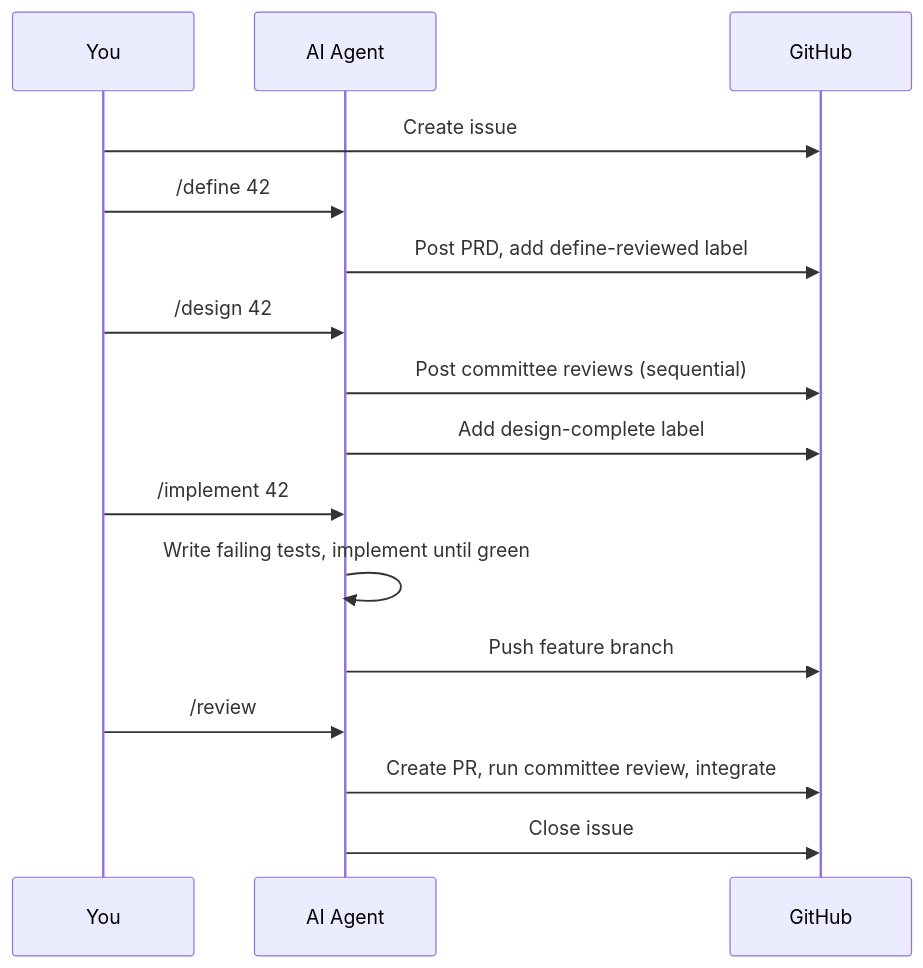
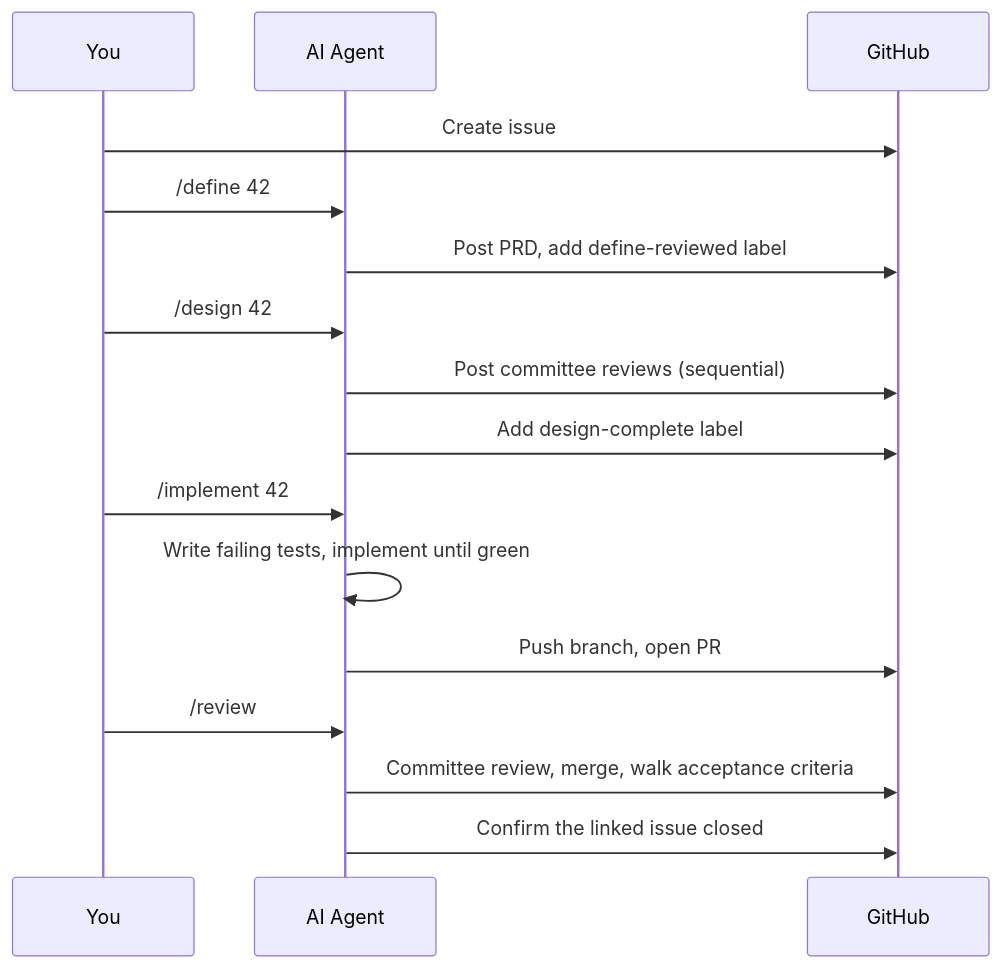
The diagram in docs/getting-started.md (suniljames/directives), drawn with Mermaid before and after one commit. The commit also changed other lines of this file and 76 other files, not shown here.

````diff
--- a/docs/getting-started.md
+++ b/docs/getting-started.md
@@ -123,19 +126,19 @@
 ```mermaid
 sequenceDiagram
     participant You
     participant AI as AI Agent
     participant GH as GitHub
 
     You->>GH: Create issue
     You->>AI: /define 42
     AI->>GH: Post PRD, add define-reviewed label
     You->>AI: /design 42
     AI->>GH: Post committee reviews (sequential)
     AI->>GH: Add design-complete label
     You->>AI: /implement 42
     AI->>AI: Write failing tests, implement until green
-    AI->>GH: Push feature branch
+    AI->>GH: Push branch, open PR
     You->>AI: /review
-    AI->>GH: Create PR, run committee review, integrate
-    AI->>GH: Close issue
+    AI->>GH: Committee review, merge, walk acceptance criteria
+    AI->>GH: Confirm the linked issue closed
 ```
````
